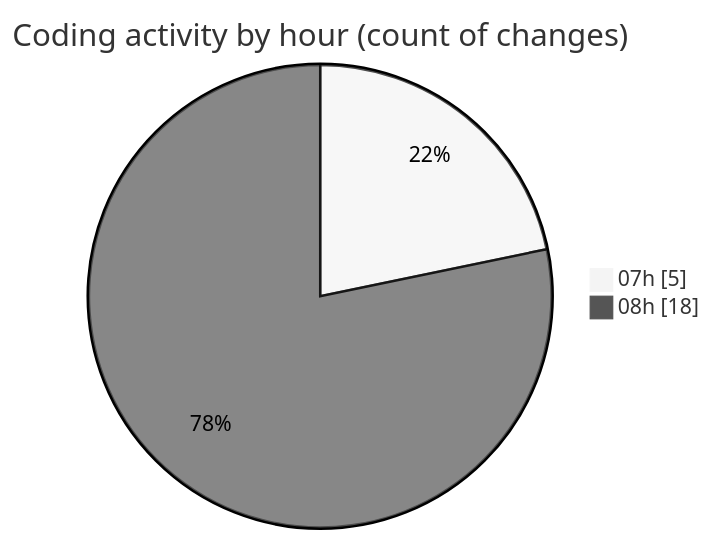
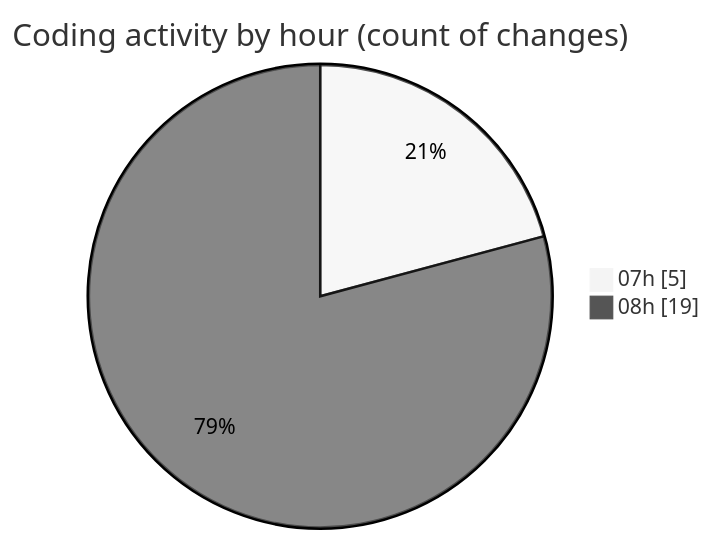
Before and after one commit to robertbonfada/code-tracking: the second of 2 diagrams in 2025-02-07/mbc-web/README.md, drawn with Mermaid (neutral theme). The commit also changed other lines of this file and 1 other file, not shown here.

````diff
--- a/2025-02-07/mbc-web/README.md
+++ b/2025-02-07/mbc-web/README.md
@@ -31,6 +31,6 @@
 ```mermaid
 pie showData
 title Coding activity by hour (count of changes)
 "07h" : 5
-"08h" : 18
+"08h" : 19
 ```
````
